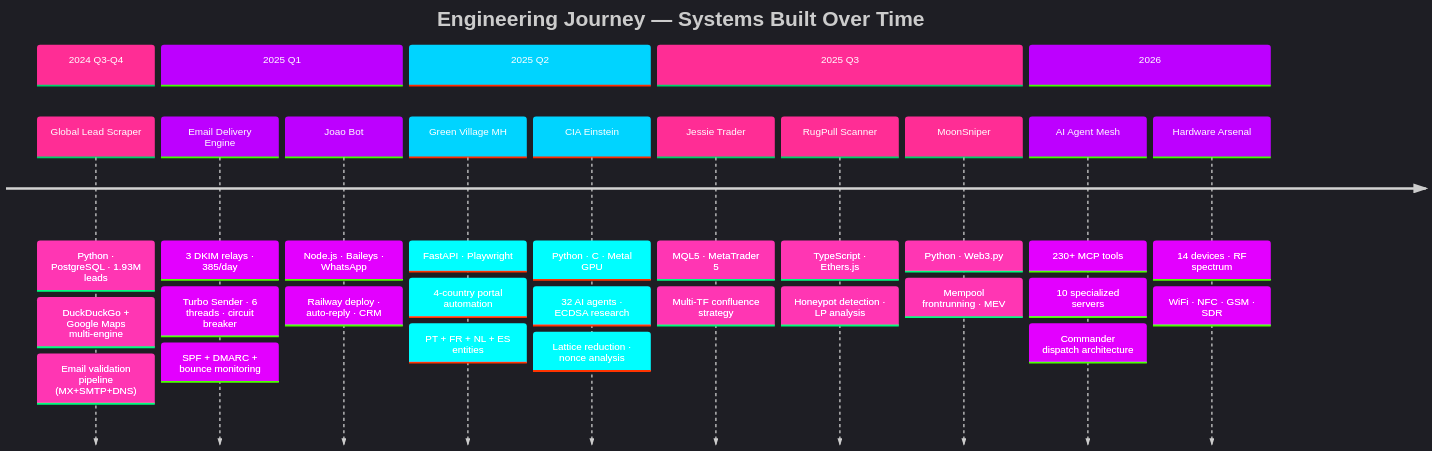
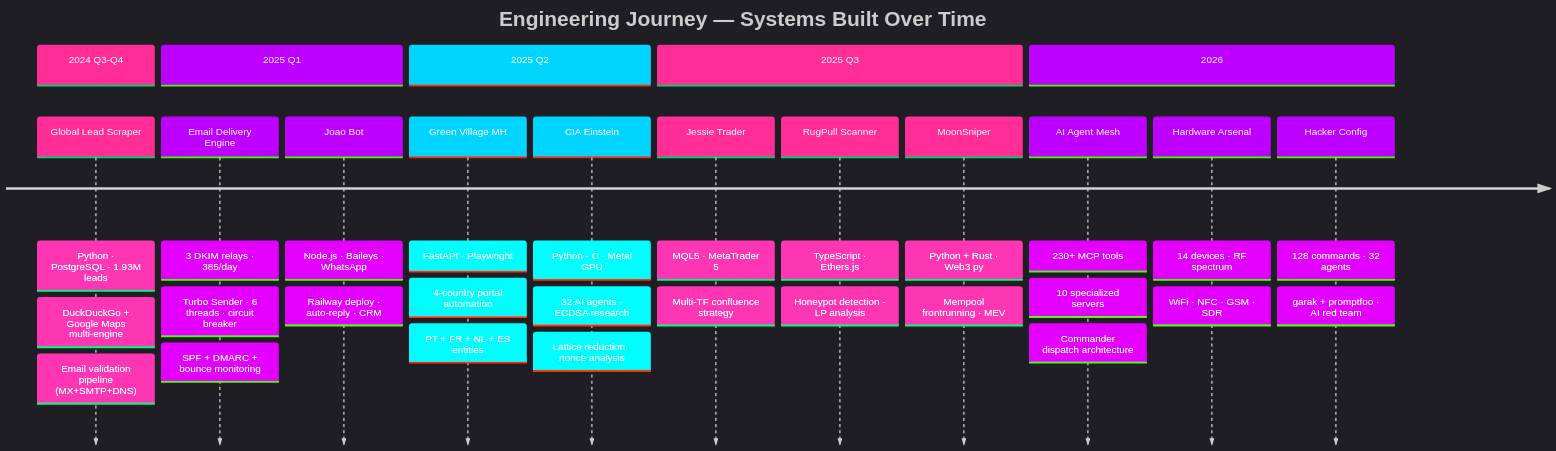
One commit to MatheusAgueda/MatheusAgueda changed diagram 16 of 16 in README.md. Above: the diagram before and after it, drawn with Mermaid. The commit also changed other lines of this file and 8 other files, not shown here.

Commit message:
feat: ultimate README v3 — 3413L, 16 Mermaid, 11 languages, 6 SVGs, chess, blog, activity

````diff
--- a/README.md
+++ b/README.md
@@ -1779,36 +2643,38 @@
 ```mermaid
 %%{init: {'theme': 'dark', 'themeVariables': {'cScale0': '#FF2D95', 'cScale1': '#BD00FF', 'cScale2': '#00D4FF', 'cScale3': '#FF2D95', 'cScale4': '#BD00FF', 'cScale5': '#00D4FF', 'cScaleLabel0': '#fff', 'cScaleLabel1': '#fff', 'cScaleLabel2': '#fff', 'cScaleLabel3': '#fff', 'cScaleLabel4': '#fff', 'cScaleLabel5': '#fff'}}}%%
 
 timeline
     title Engineering Journey — Systems Built Over Time
     section 2024 Q3-Q4
         Global Lead Scraper : Python · PostgreSQL · 1.93M leads
         : DuckDuckGo + Google Maps multi-engine
         : Email validation pipeline (MX+SMTP+DNS)
     section 2025 Q1
         Email Delivery Engine : 3 DKIM relays · 385/day
         : Turbo Sender · 6 threads · circuit breaker
         : SPF + DMARC + bounce monitoring
         Joao Bot : Node.js · Baileys · WhatsApp
         : Railway deploy · auto-reply · CRM
     section 2025 Q2
         Green Village MH : FastAPI · Playwright
         : 4-country portal automation
         : PT + FR + NL + ES entities
         CIA Einstein : Python · C · Metal GPU
         : 32 AI agents · ECDSA research
         : Lattice reduction · nonce analysis
     section 2025 Q3
         Jessie Trader : MQL5 · MetaTrader 5
         : Multi-TF confluence strategy
         RugPull Scanner : TypeScript · Ethers.js
         : Honeypot detection · LP analysis
-        MoonSniper : Python · Web3.py
+        MoonSniper : Python + Rust · Web3.py
         : Mempool frontrunning · MEV
     section 2026
         AI Agent Mesh : 230+ MCP tools
         : 10 specialized servers
         : Commander dispatch architecture
         Hardware Arsenal : 14 devices · RF spectrum
         : WiFi · NFC · GSM · SDR
+        Hacker Config : 128 commands · 32 agents
+        : garak + promptfoo · AI red team
 ```
````
